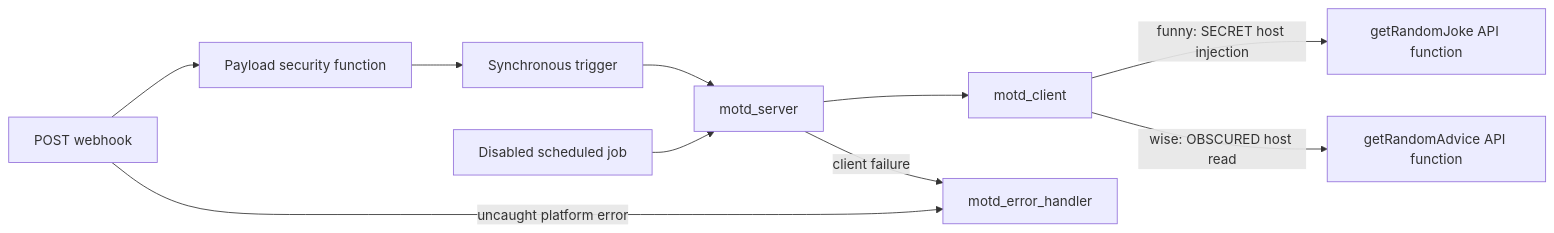
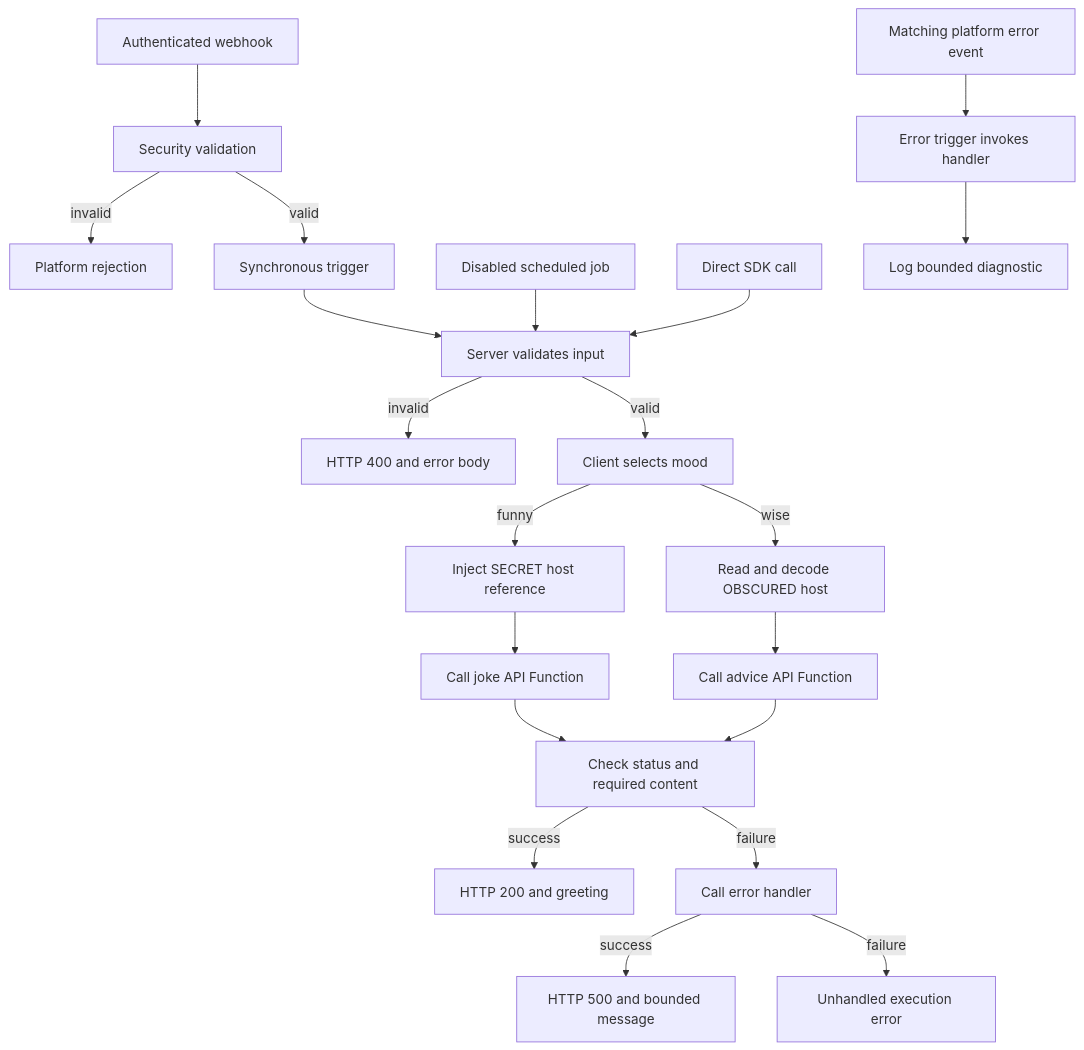
Before and after one commit to polyapi/poly-py-project-template: the second of 2 diagrams in workflows/src/sample_workflow/OVERVIEW.md, drawn with Mermaid. The commit also changed other lines of this file and 9 other files, not shown here.

````diff
--- a/workflows/src/sample_workflow/OVERVIEW.md
+++ b/workflows/src/sample_workflow/OVERVIEW.md
@@ -7,12 +270,23 @@
 ```mermaid
-flowchart LR
-    W[POST webhook] --> V[Payload security function]
-    V --> T[Synchronous trigger]
-    T --> S[motd_server]
+flowchart TD
+    W[Authenticated webhook] --> V[Security validation]
+    V -->|invalid| R[Platform rejection]
+    V -->|valid| T[Synchronous trigger]
+    T --> S[Server validates input]
     J[Disabled scheduled job] --> S
-    S --> C[motd_client]
-    C -->|funny: SECRET host injection| A[getRandomJoke API function]
-    C -->|wise: OBSCURED host read| B[getRandomAdvice API function]
-    S -->|client failure| E[motd_error_handler]
-    W -->|uncaught platform error| E
+    D[Direct SDK call] --> S
+    S -->|invalid| B[HTTP 400 and error body]
+    S -->|valid| C[Client selects mood]
+    C -->|funny| I[Inject SECRET host reference]
+    C -->|wise| O[Read and decode OBSCURED host]
+    I --> A[Call joke API Function]
+    O --> P[Call advice API Function]
+    A --> Q[Check status and required content]
+    P --> Q
+    Q -->|success| G[HTTP 200 and greeting]
+    Q -->|failure| E[Call error handler]
+    E -->|success| F[HTTP 500 and bounded message]
+    E -->|failure| U[Unhandled execution error]
+    X[Matching platform error event] --> H[Error trigger invokes handler]
+    H --> L[Log bounded diagnostic]
 ```
````
